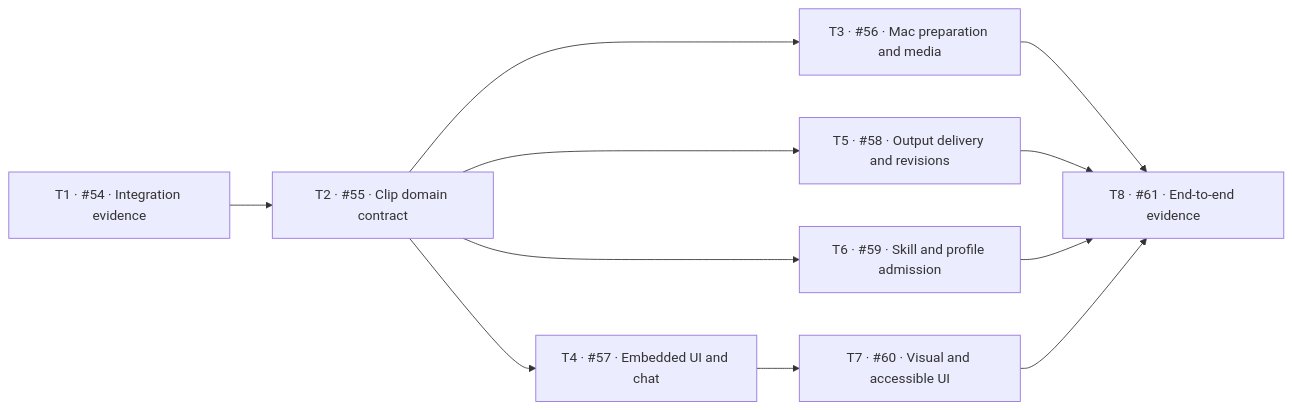
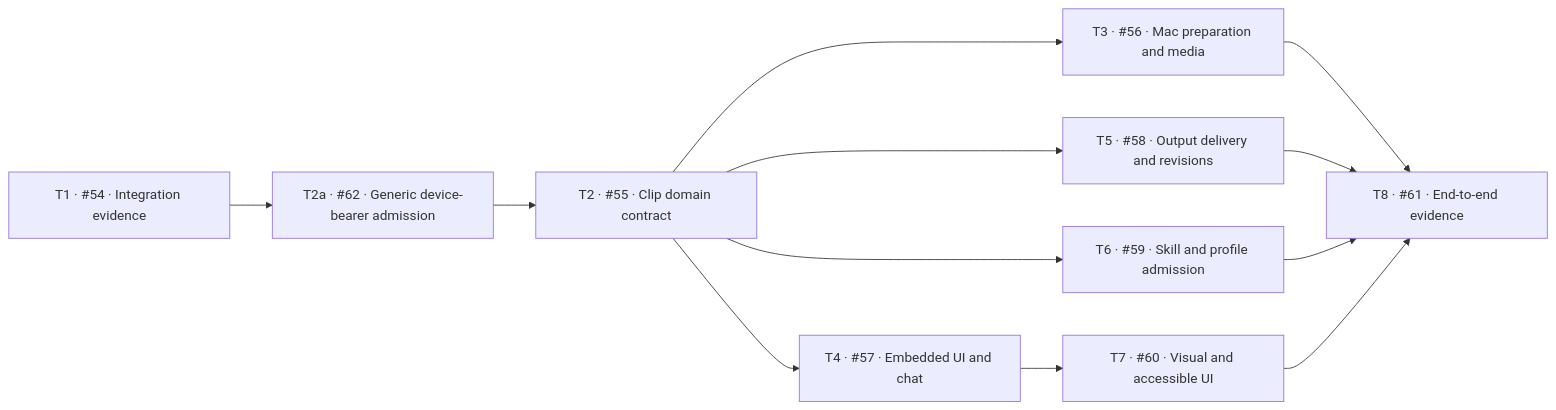
Before and after one commit to phananhson733-oss/ggwork: the diagram in docs/editing/task-graph.md, drawn with Mermaid. The commit also changed other lines of this file and 9 other files, not shown here.

````diff
--- a/docs/editing/task-graph.md
+++ b/docs/editing/task-graph.md
@@ -5,21 +5,23 @@
 ```mermaid
 flowchart LR
   T1["T1 · #54 · Integration evidence"]
+  T2a["T2a · #62 · Generic device-bearer admission"]
   T2["T2 · #55 · Clip domain contract"]
   T3["T3 · #56 · Mac preparation and media"]
   T4["T4 · #57 · Embedded UI and chat"]
   T5["T5 · #58 · Output delivery and revisions"]
   T6["T6 · #59 · Skill and profile admission"]
   T7["T7 · #60 · Visual and accessible UI"]
   T8["T8 · #61 · End-to-end evidence"]
-  T1 --> T2
+  T1 --> T2a
+  T2a --> T2
   T2 --> T3
   T2 --> T4
   T2 --> T5
   T2 --> T6
   T4 --> T7
   T3 --> T8
   T5 --> T8
   T6 --> T8
   T7 --> T8
 ```
````
